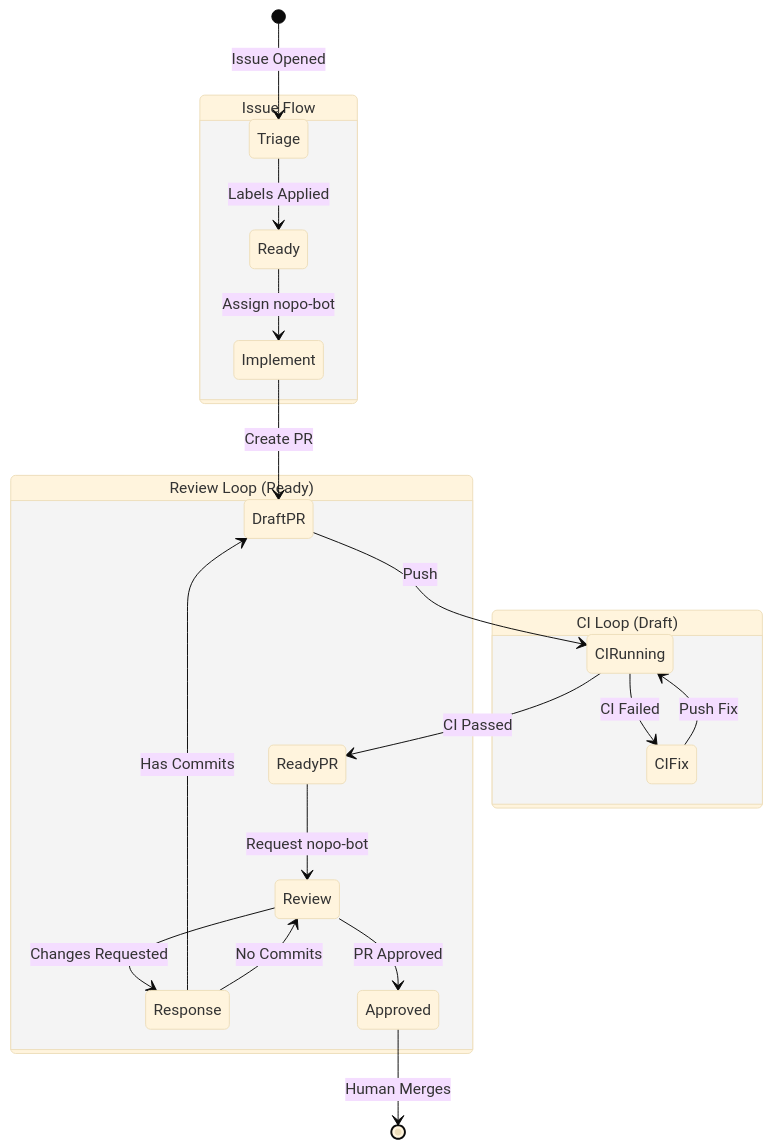
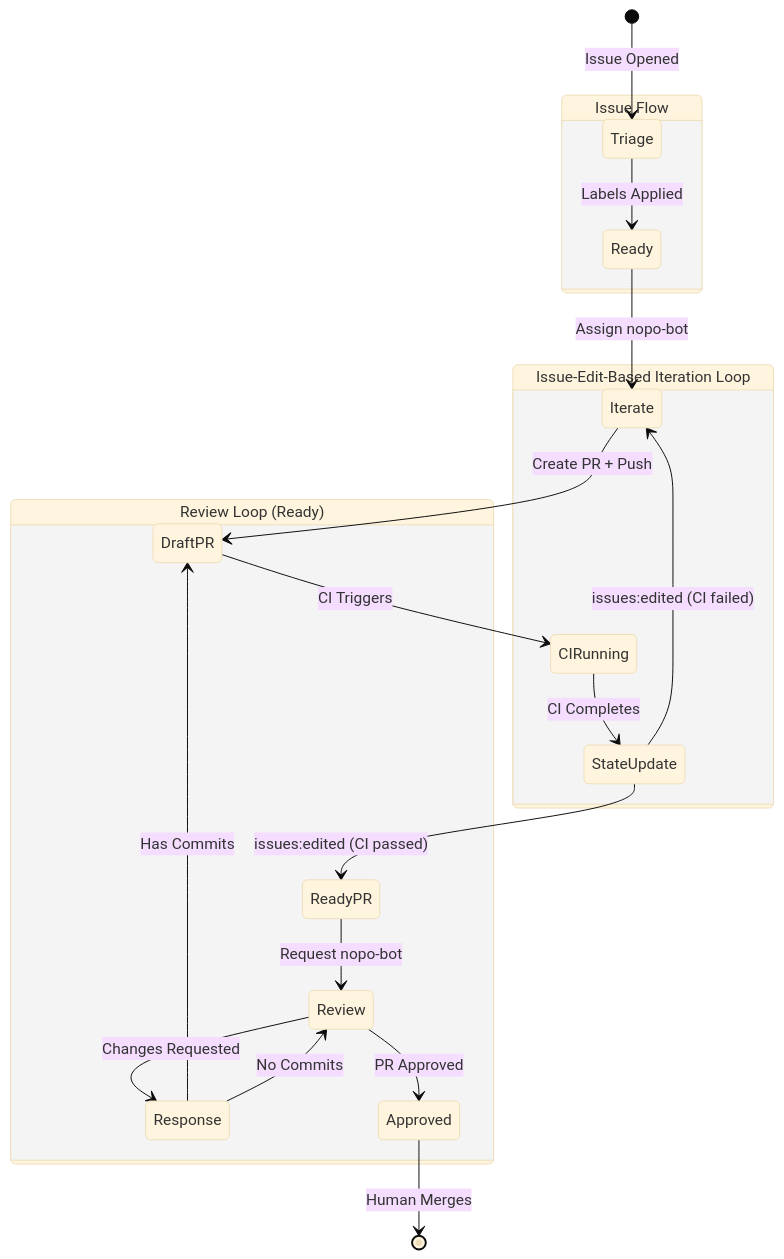
Before and after one commit to kevin-mind/nopo: the fourth of 5 diagrams in docs/automation/ARCHITECTURE.md, drawn with Mermaid (base theme). The commit also changed other lines of this file and 25 other files, not shown here.

First line of the commit message:
feat(claude): implement unified iteration model for issue implementation

````diff
--- a/docs/automation/ARCHITECTURE.md
+++ b/docs/automation/ARCHITECTURE.md
@@ -150,28 +143,27 @@
 ```mermaid
 stateDiagram-v2
     [*] --> Triage: Issue Opened
 
     state "Issue Flow" as IssueFlow {
         Triage --> Ready: Labels Applied
-        Ready --> Implement: Assign nopo-bot
+        Ready --> Iterate: Assign nopo-bot
     }
 
-    Implement --> DraftPR: Create PR
-
-    state "CI Loop (Draft)" as CILoop {
-        DraftPR --> CIRunning: Push
-        CIRunning --> CIFix: CI Failed
-        CIFix --> CIRunning: Push Fix
-        CIRunning --> ReadyPR: CI Passed
+    state "Issue-Edit-Based Iteration Loop" as IterationLoop {
+        Iterate --> DraftPR: Create PR + Push
+        DraftPR --> CIRunning: CI Triggers
+        CIRunning --> StateUpdate: CI Completes
+        StateUpdate --> Iterate: issues:edited (CI failed)
+        StateUpdate --> ReadyPR: issues:edited (CI passed)
     }
 
     state "Review Loop (Ready)" as ReviewLoop {
         ReadyPR --> Review: Request nopo-bot
         Review --> Response: Changes Requested
         Response --> DraftPR: Has Commits
         Response --> Review: No Commits
         Review --> Approved: PR Approved
     }
 
     Approved --> [*]: Human Merges
 ```
````
